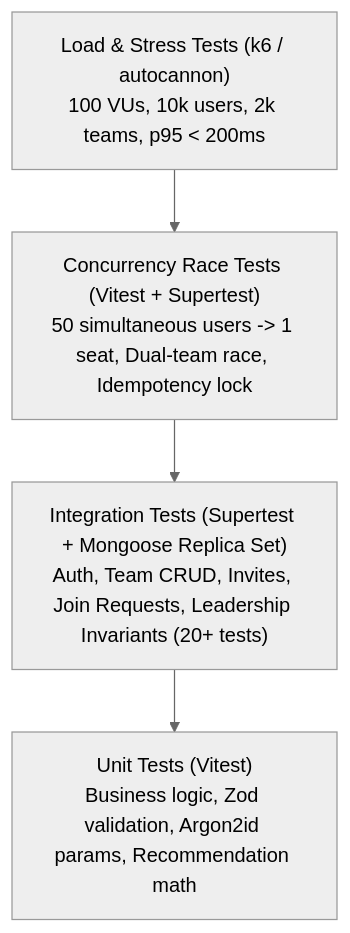
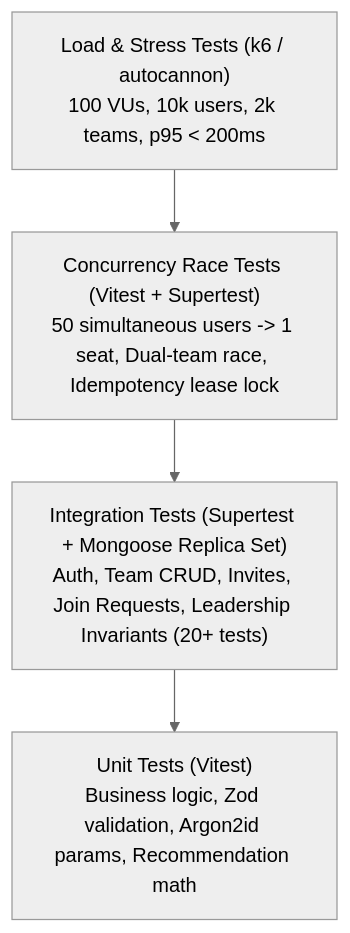
Before and after one commit to m4ulikP/CrewConnect: the diagram in docs/testing-strategy.md, drawn with Mermaid (neutral theme). The commit also changed other lines of this file and 8 other files, not shown here.

````diff
--- a/docs/testing-strategy.md
+++ b/docs/testing-strategy.md
@@ -14,11 +14,11 @@
 ```mermaid
 flowchart TD
     LT["Load & Stress Tests (k6 / autocannon)\n100 VUs, 10k users, 2k teams, p95 < 200ms"]
-    CT["Concurrency Race Tests (Vitest + Supertest)\n50 simultaneous users -> 1 seat, Dual-team race, Idempotency lock"]
+    CT["Concurrency Race Tests (Vitest + Supertest)\n50 simultaneous users -> 1 seat, Dual-team race, Idempotency lease lock"]
     IT["Integration Tests (Supertest + Mongoose Replica Set)\nAuth, Team CRUD, Invites, Join Requests, Leadership Invariants (20+ tests)"]
     UT["Unit Tests (Vitest)\nBusiness logic, Zod validation, Argon2id params, Recommendation math"]
 
     LT --> CT
     CT --> IT
     IT --> UT
 ```
````
